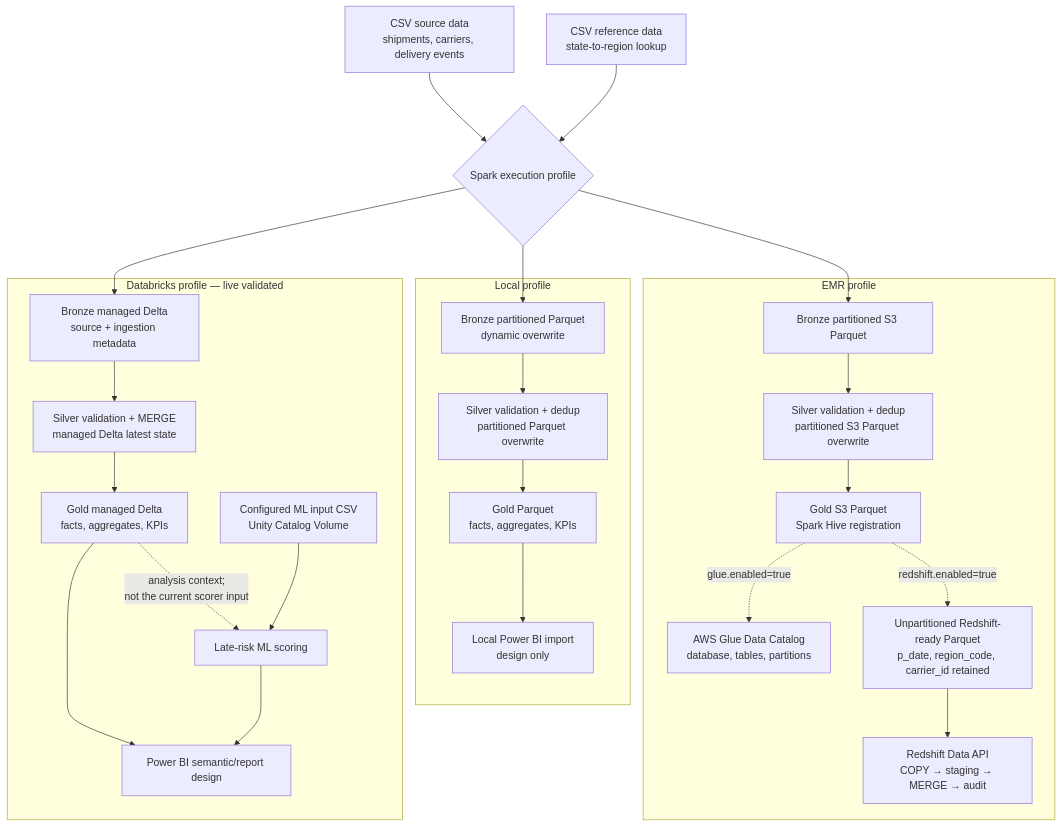
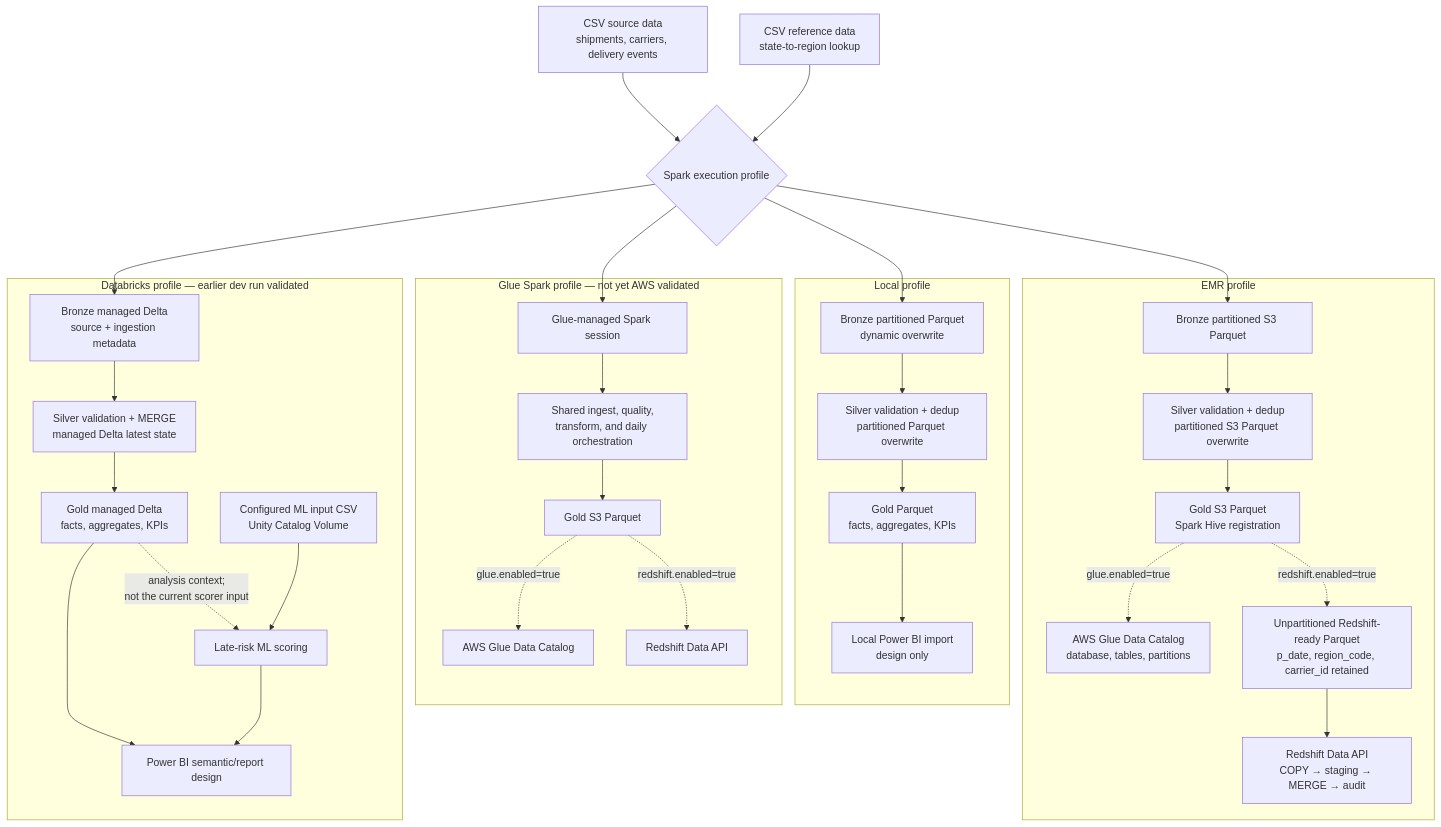
One commit to Sivarohitk/Transportation-Shipment-ETL-Pipeline changed the first of 2 diagrams in docs/architecture.md. Above: the diagram before and after it, drawn with Mermaid. The commit also changed other lines of this file and 32 other files, not shown here.

````diff
--- a/docs/architecture.md
+++ b/docs/architecture.md
@@ -27,35 +31,43 @@
 ```mermaid
 flowchart TB
     SRC["CSV source data<br/>shipments, carriers, delivery events"]
     REF["CSV reference data<br/>state-to-region lookup"]
     PROFILE{"Spark execution profile"}
     SRC --> PROFILE
     REF --> PROFILE
 
     subgraph LOCAL["Local profile"]
         LB["Bronze partitioned Parquet<br/>dynamic overwrite"] --> LS["Silver validation + dedup<br/>partitioned Parquet overwrite"]
         LS --> LG["Gold Parquet<br/>facts, aggregates, KPIs"]
         LG --> LP["Local Power BI import<br/>design only"]
     end
 
     subgraph EMR["EMR profile"]
         EB["Bronze partitioned S3 Parquet"] --> ES["Silver validation + dedup<br/>partitioned S3 Parquet overwrite"]
         ES --> EG["Gold S3 Parquet<br/>Spark Hive registration"]
         EG -. "glue.enabled=true" .-> GC["AWS Glue Data Catalog<br/>database, tables, partitions"]
         EG -. "redshift.enabled=true" .-> RX["Unpartitioned Redshift-ready Parquet<br/>p_date, region_code, carrier_id retained"]
         RX --> RS["Redshift Data API<br/>COPY → staging → MERGE → audit"]
     end
 
-    subgraph DBX["Databricks profile — live validated"]
+    subgraph GLUE["Glue Spark profile — not yet AWS validated"]
+        GS["Glue-managed Spark session"] --> GE["Shared ingest, quality,<br/>transform, and daily orchestration"]
+        GE --> GG["Gold S3 Parquet"]
+        GG -. "glue.enabled=true" .-> GGC["AWS Glue Data Catalog"]
+        GG -. "redshift.enabled=true" .-> GR["Redshift Data API"]
+    end
+
+    subgraph DBX["Databricks profile — earlier dev run validated"]
         DB["Bronze managed Delta<br/>source + ingestion metadata"] --> DS["Silver validation + MERGE<br/>managed Delta latest state"]
         DS --> DG["Gold managed Delta<br/>facts, aggregates, KPIs"]
         DG -. "analysis context;<br/>not the current scorer input" .-> ML["Late-risk ML scoring"]
         MLC["Configured ML input CSV<br/>Unity Catalog Volume"] --> ML
         DG --> BI["Power BI semantic/report design"]
         ML --> BI
     end
 
     PROFILE --> LB
     PROFILE --> EB
+    PROFILE --> GS
     PROFILE --> DB
 ```
````
